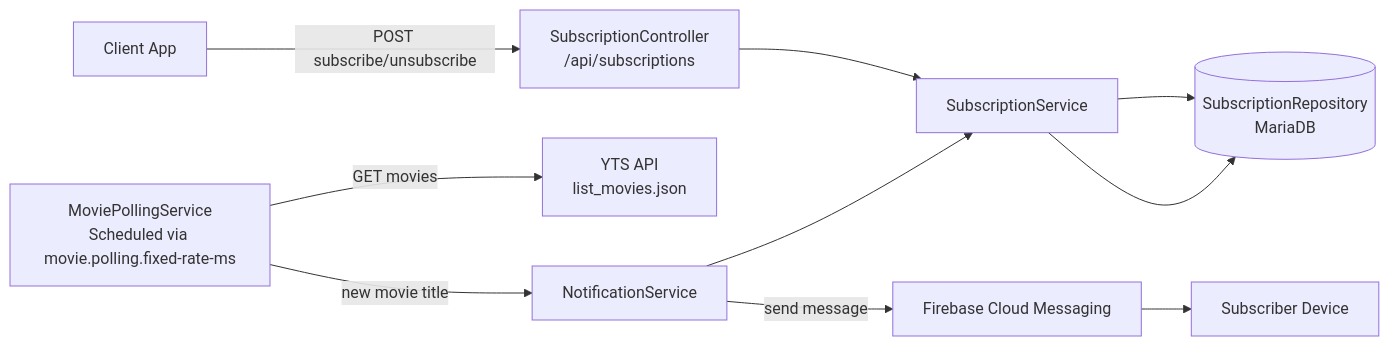
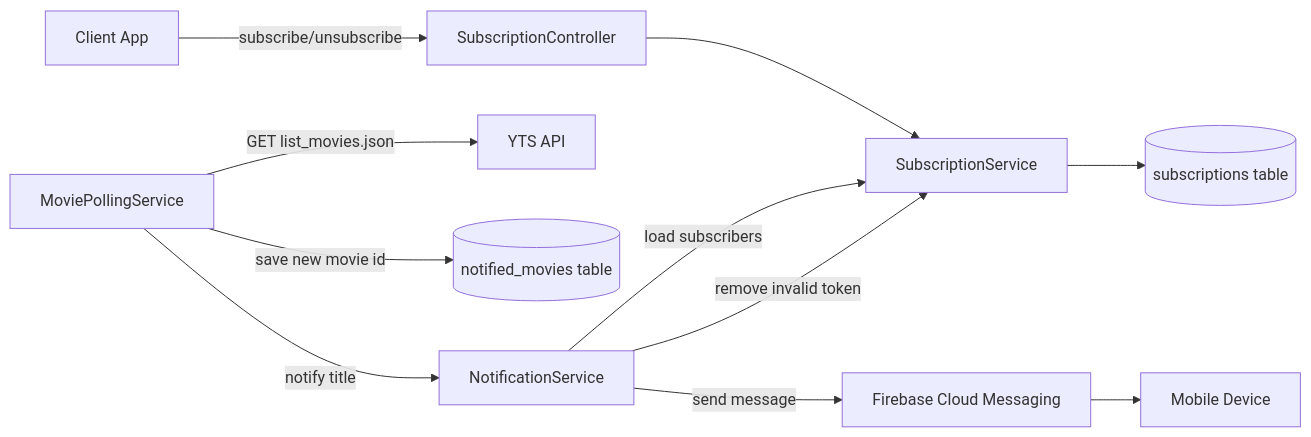
The first of 5 diagrams in README.md (martinrevert/fcm-push-springboot-aot-GraalVM-multiarch), drawn with Mermaid before and after one commit. The commit also changed other lines of this file, not shown here.

Commit message:
docs: update README to clarify FCM notifications, enhance service flow descriptions, and improve configuration details

````diff
--- a/README.md
+++ b/README.md
@@ -22,23 +26,25 @@
 ```mermaid
 flowchart LR
-    Client["Client App"]
-    API["SubscriptionController<br/>/api/subscriptions"]
-    SubSvc["SubscriptionService"]
-    Repo[("SubscriptionRepository<br/>MariaDB")]
-    Poll["MoviePollingService<br/>Scheduled via movie.polling.fixed-rate-ms"]
-    YTS["YTS API<br/>list_movies.json"]
-    Notif["NotificationService"]
-    FCM["Firebase Cloud Messaging"]
-    Device["Subscriber Device"]
+    Client[Client App]
+    Api[SubscriptionController]
+    SubSvc[SubscriptionService]
+    SubRepo[(subscriptions table)]
+    Poller[MoviePollingService]
+    YTS[YTS API]
+    NotifiedRepo[(notified_movies table)]
+    NotifSvc[NotificationService]
+    FCM[Firebase Cloud Messaging]
+    Device[Mobile Device]
 
-    Client -->|POST subscribe/unsubscribe| API
-    API --> SubSvc
-    SubSvc --> Repo
+    Client -->|subscribe/unsubscribe| Api
+    Api --> SubSvc
+    SubSvc --> SubRepo
 
-    Poll -->|GET movies| YTS
-    Poll -->|new movie title| Notif
-    Notif --> SubSvc
-    SubSvc --> Repo
-    Notif -->|send message| FCM
+    Poller -->|GET list_movies.json| YTS
+    Poller -->|save new movie id| NotifiedRepo
+    Poller -->|notify title| NotifSvc
+    NotifSvc -->|load subscribers| SubSvc
+    NotifSvc -->|send message| FCM
     FCM --> Device
+    NotifSvc -->|remove invalid token| SubSvc
 ```
````
